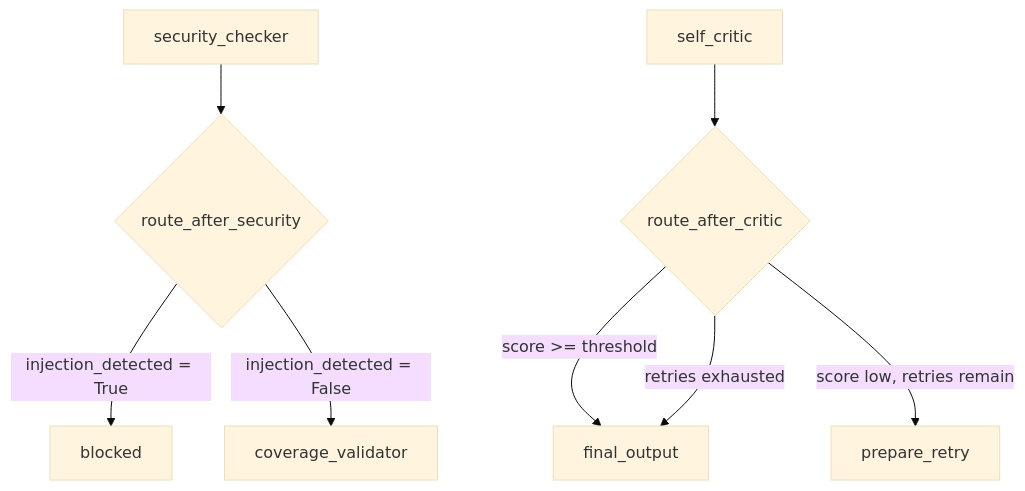
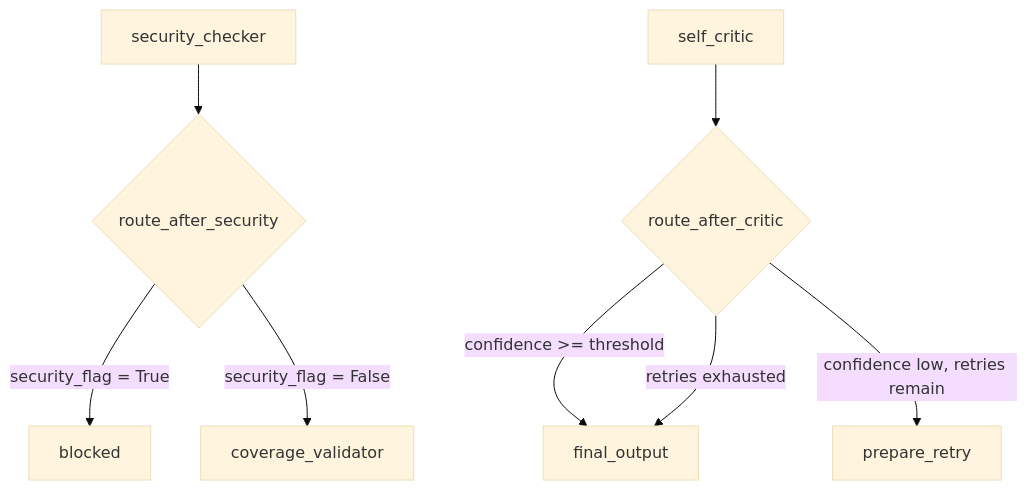
The second of 7 diagrams in docs/langgraph-design.md (haritejan955-ux/Juneproect), drawn with Mermaid (base theme) before and after one commit. The commit also changed other lines of this file and 20 other files, not shown here.

First line of the commit message:
Implement shared GraphState with requested field names, fully typed

````diff
--- a/docs/langgraph-design.md
+++ b/docs/langgraph-design.md
@@ -221,11 +254,11 @@
 ```mermaid
 flowchart TD
     SC[security_checker] --> D1{route_after_security}
-    D1 -->|injection_detected = True| BL[blocked]
-    D1 -->|injection_detected = False| CV[coverage_validator]
+    D1 -->|security_flag = True| BL[blocked]
+    D1 -->|security_flag = False| CV[coverage_validator]
 
     SCR[self_critic] --> D2{route_after_critic}
-    D2 -->|score >= threshold| FO[final_output]
+    D2 -->|confidence >= threshold| FO[final_output]
     D2 -->|retries exhausted| FO
-    D2 -->|score low, retries remain| PR[prepare_retry]
+    D2 -->|confidence low, retries remain| PR[prepare_retry]
 ```
````
